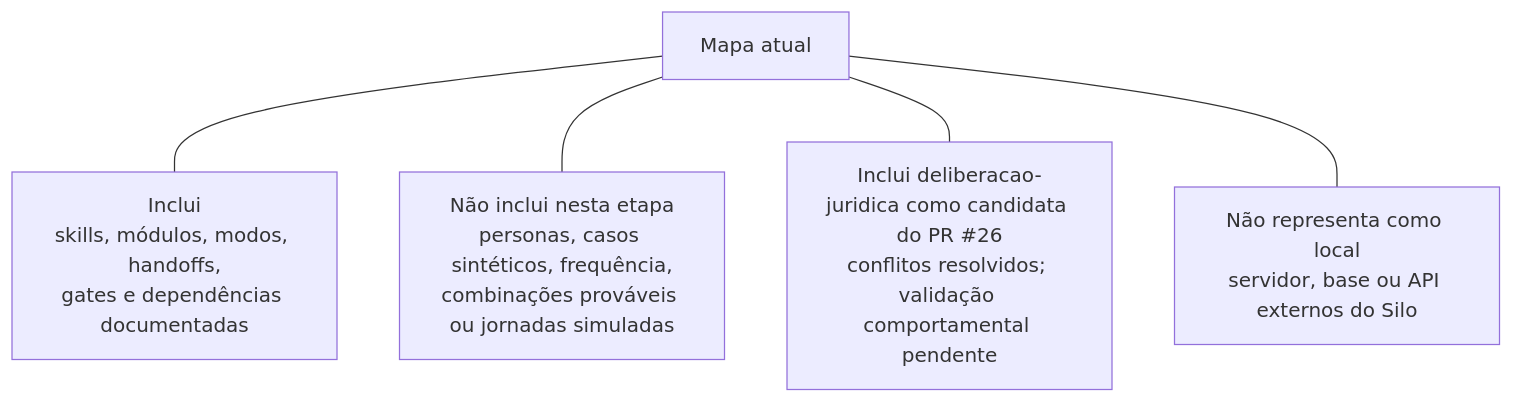
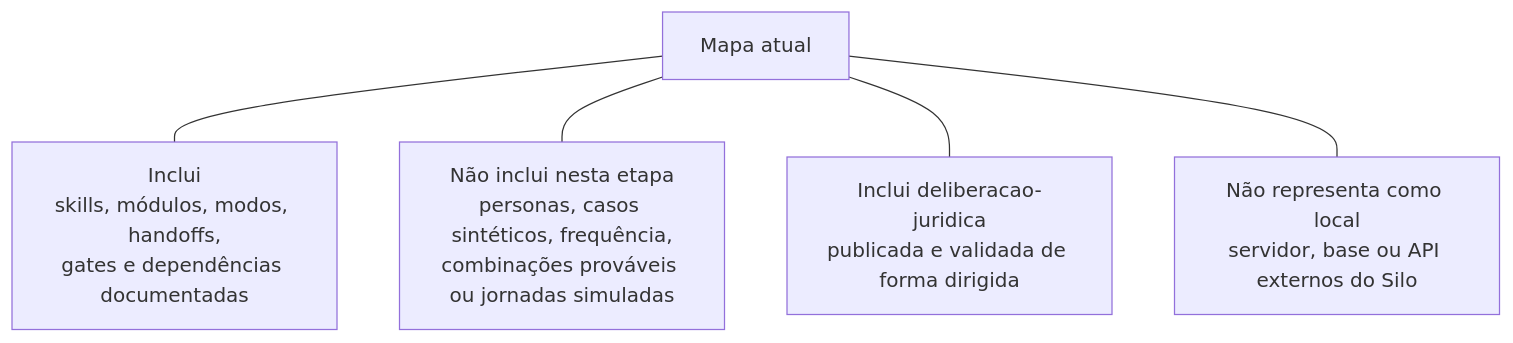
One commit to sensdiego/codigo-aberto changed diagram 20 of 20 in references/mapa-visual-skills-modulos.md. Above: the diagram before and after it, drawn with Mermaid. The commit also changed other lines of this file and 2 other files, not shown here.

````diff
--- a/references/mapa-visual-skills-modulos.md
+++ b/references/mapa-visual-skills-modulos.md
@@ -347,7 +347,7 @@
 ```mermaid
 flowchart TB
     MAPA["Mapa atual"] --- IN["Inclui<br/>skills, módulos, modos, handoffs,<br/>gates e dependências documentadas"]
     MAPA --- OUT["Não inclui nesta etapa<br/>personas, casos sintéticos, frequência,<br/>combinações prováveis ou jornadas simuladas"]
-    MAPA --- CAND["Inclui deliberacao-juridica como candidata do PR #26<br/>conflitos resolvidos; validação comportamental pendente"]
+    MAPA --- DEL["Inclui deliberacao-juridica<br/>publicada e validada de forma dirigida"]
     MAPA --- EXT["Não representa como local<br/>servidor, base ou API externos do Silo"]
 ```
````
